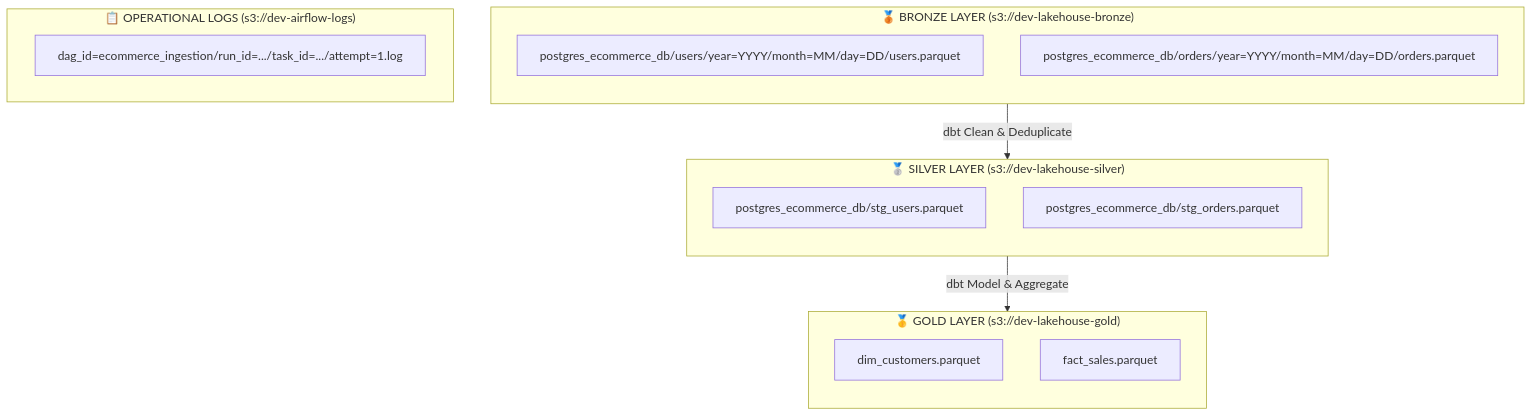
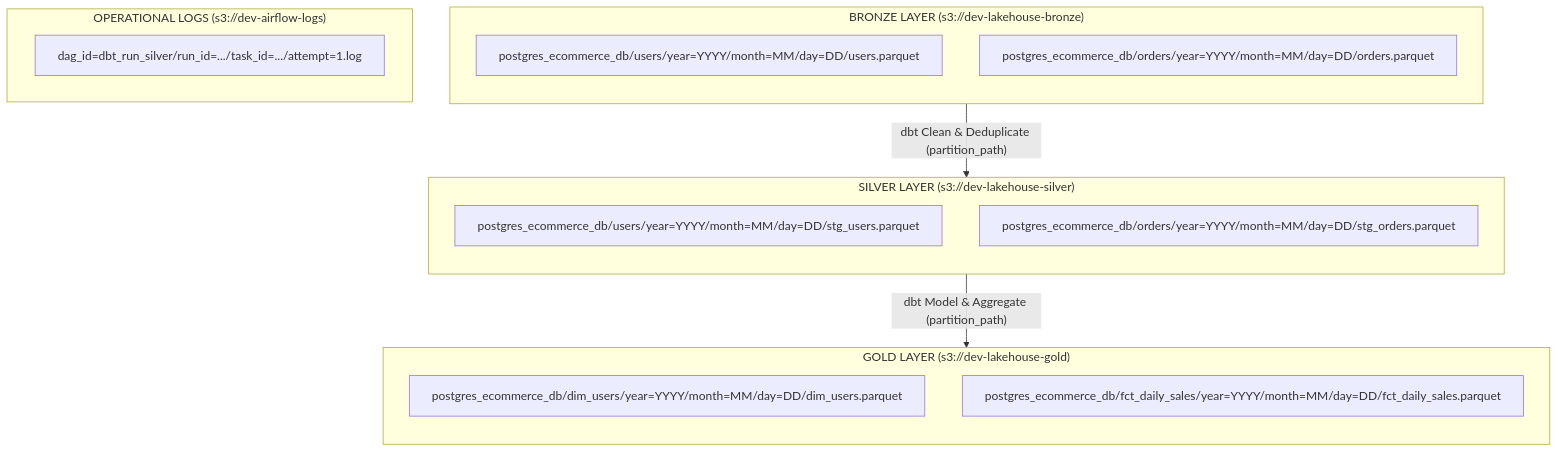
The second of 3 diagrams in ARCHITECTURE.md (gomespgp/medallion-data-lakehouse), drawn with Mermaid before and after one commit. The commit also changed other lines of this file, not shown here.

Commit message:
chore(ARCHITECTURE): Update ARCHITECTURE.md - explain Orchestration Variable Flow

````diff
--- a/ARCHITECTURE.md
+++ b/ARCHITECTURE.md
@@ -84,27 +123,27 @@
 ```mermaid
 graph TD
-    subgraph Bronze ["🥉 BRONZE LAYER (s3://dev-lakehouse-bronze)"]
+    subgraph Bronze ["BRONZE LAYER (s3://dev-lakehouse-bronze)"]
         direction TB
         B1["postgres_ecommerce_db/users/year=YYYY/month=MM/day=DD/users.parquet"]
         B2["postgres_ecommerce_db/orders/year=YYYY/month=MM/day=DD/orders.parquet"]
     end
 
-    subgraph Silver ["🥈 SILVER LAYER (s3://dev-lakehouse-silver)"]
+    subgraph Silver ["SILVER LAYER (s3://dev-lakehouse-silver)"]
         direction TB
-        S1["postgres_ecommerce_db/stg_users.parquet"]
-        S2["postgres_ecommerce_db/stg_orders.parquet"]
+        S1["postgres_ecommerce_db/users/year=YYYY/month=MM/day=DD/stg_users.parquet"]
+        S2["postgres_ecommerce_db/orders/year=YYYY/month=MM/day=DD/stg_orders.parquet"]
     end
 
-    subgraph Gold ["🥇 GOLD LAYER (s3://dev-lakehouse-gold)"]
+    subgraph Gold ["GOLD LAYER (s3://dev-lakehouse-gold)"]
         direction TB
-        G1["dim_customers.parquet"]
-        G2["fact_sales.parquet"]
+        G1["postgres_ecommerce_db/dim_users/year=YYYY/month=MM/day=DD/dim_users.parquet"]
+        G2["postgres_ecommerce_db/fct_daily_sales/year=YYYY/month=MM/day=DD/fct_daily_sales.parquet"]
     end
 
-    subgraph Logs ["📋 OPERATIONAL LOGS (s3://dev-airflow-logs)"]
-        L1["dag_id=ecommerce_ingestion/run_id=.../task_id=.../attempt=1.log"]
+    subgraph Logs ["OPERATIONAL LOGS (s3://dev-airflow-logs)"]
+        L1["dag_id=dbt_run_silver/run_id=.../task_id=.../attempt=1.log"]
     end
 
-    Bronze -->|"dbt Clean & Deduplicate"| Silver
-    Silver -->|"dbt Model & Aggregate"| Gold
+    Bronze -->|"dbt Clean & Deduplicate (partition_path)"| Silver
+    Silver -->|"dbt Model & Aggregate (partition_path)"| Gold
 ```
````
